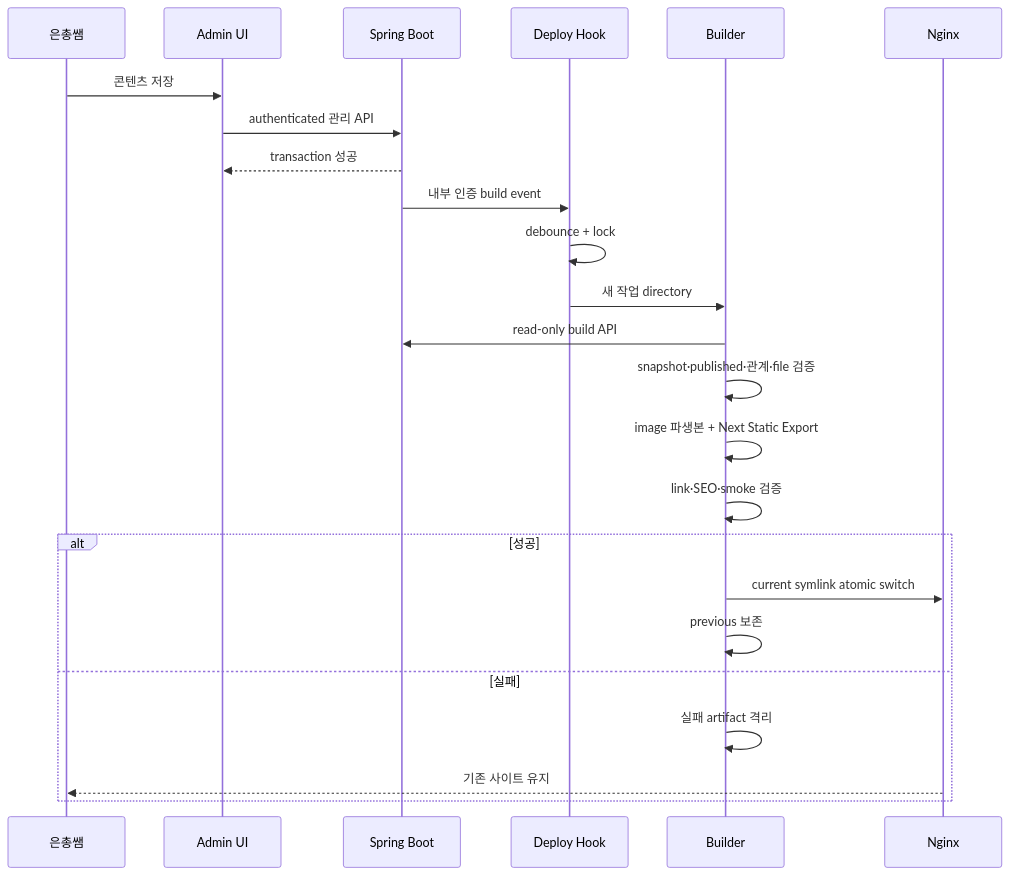
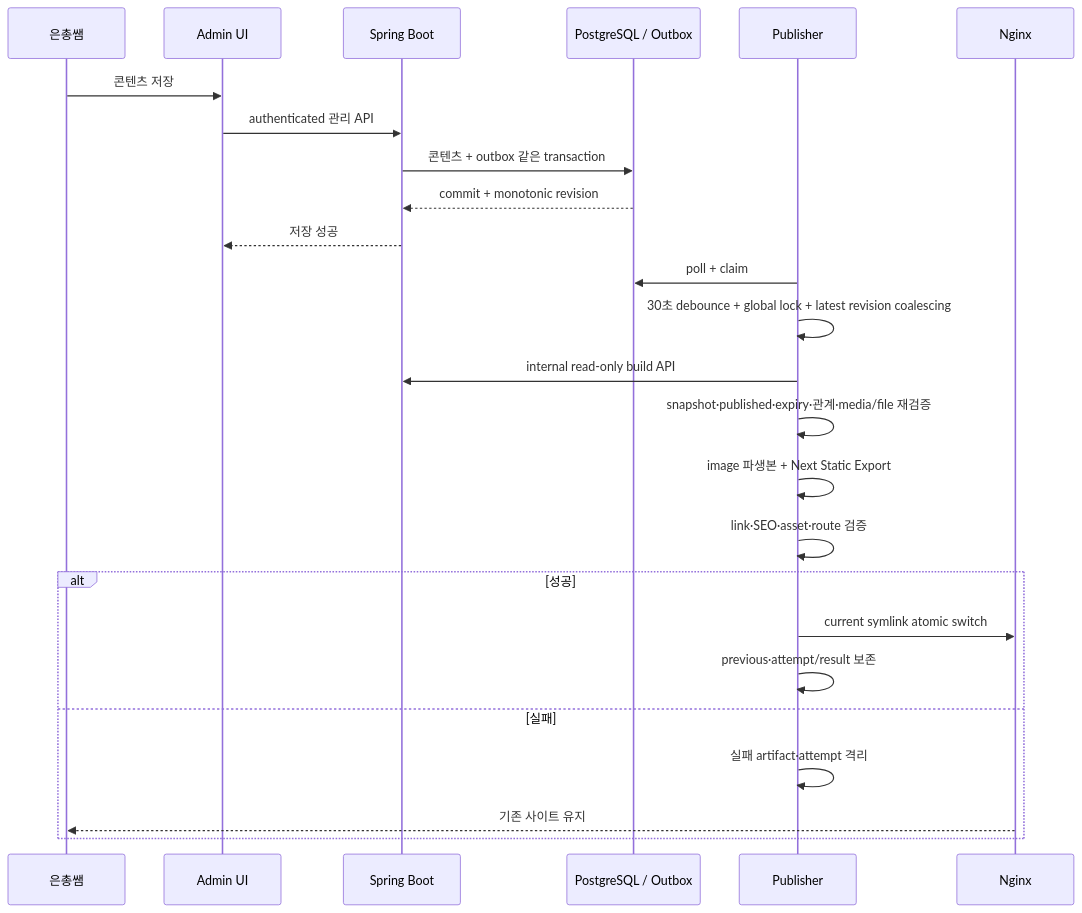
One commit to xxh3898/Rhaomi changed the diagram in docs/04-architecture/static-publishing-pipeline.md. Above: the diagram before and after it, drawn with Mermaid. The commit also changed other lines of this file and 32 other files, not shown here.

````diff
--- a/docs/04-architecture/static-publishing-pipeline.md
+++ b/docs/04-architecture/static-publishing-pipeline.md
@@ -32,27 +32,28 @@
 ```mermaid
 sequenceDiagram
     participant O as 은총쌤
     participant A as Admin UI
     participant S as Spring Boot
-    participant H as Deploy Hook
-    participant B as Builder
+    participant D as PostgreSQL / Outbox
+    participant P as Publisher
     participant N as Nginx
 
     O->>A: 콘텐츠 저장
     A->>S: authenticated 관리 API
-    S-->>A: transaction 성공
-    S->>H: 내부 인증 build event
-    H->>H: debounce + lock
-    H->>B: 새 작업 directory
-    B->>S: read-only build API
-    B->>B: snapshot·published·관계·file 검증
-    B->>B: image 파생본 + Next Static Export
-    B->>B: link·SEO·smoke 검증
+    S->>D: 콘텐츠 + outbox 같은 transaction
+    D-->>S: commit + monotonic revision
+    S-->>A: 저장 성공
+    P->>D: poll + claim
+    P->>P: 30초 debounce + global lock + latest revision coalescing
+    P->>S: internal read-only build API
+    P->>P: snapshot·published·expiry·관계·media/file 재검증
+    P->>P: image 파생본 + Next Static Export
+    P->>P: link·SEO·asset·route 검증
     alt 성공
-      B->>N: current symlink atomic switch
-      B->>B: previous 보존
+      P->>N: current symlink atomic switch
+      P->>P: previous·attempt/result 보존
     else 실패
-      B->>B: 실패 artifact 격리
+      P->>P: 실패 artifact·attempt 격리
       N-->>O: 기존 사이트 유지
     end
 ```
````
